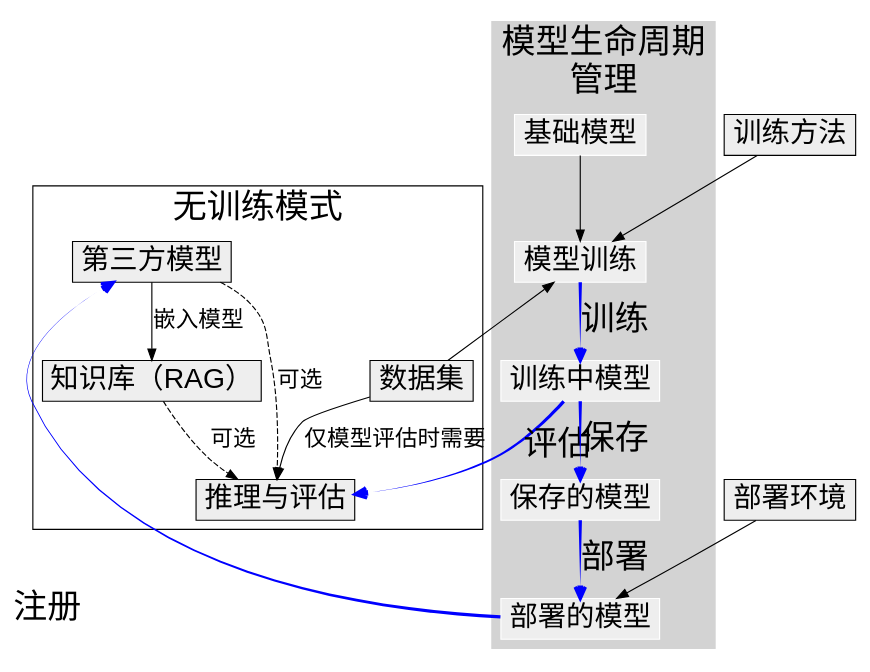
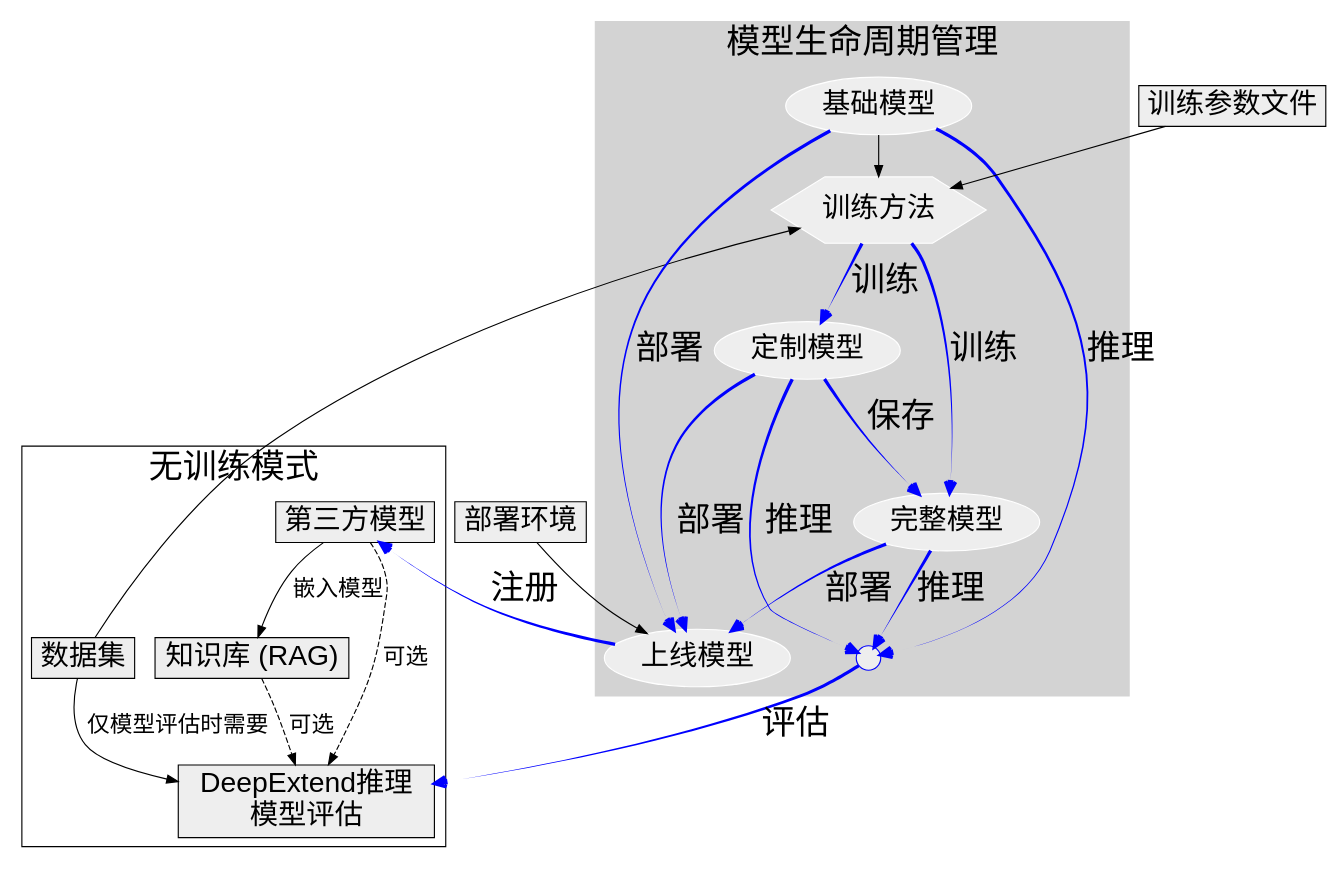
The diagram in docs/tutorials/process_dep_graph_zh.dot (Junks5020/deepe-docs), drawn with Graphviz before and after one commit. The commit also changed 40 other files, not shown here.

```diff
--- a/docs/tutorials/process_dep_graph_zh.dot
+++ b/docs/tutorials/process_dep_graph_zh.dot
@@ -1,58 +1,68 @@
+digraph g {
+ratio=fill;
+splines=spline;
+overlap=scale;
 
-digraph g {
-	ratio=fill;
-	splines=spline;
-	overlap=scale;
+edge [fontsize=20, fontname="Helvetica"];
 
-    edge [fontsize=20, fontname="Helvetica"];
+node [
+shape=box,
+// fixedsize=true,
+width=0.3,
+color="black",
+fillcolor="#eeeeee",
+style="filled,solid",
+fontsize=25,
+fontname="Helvetica"
+];
 
-	node [
-		shape=box,
-		width=0.3,
-		color="black",
-		fillcolor="#eeeeee",
-		style="filled,solid",
-		fontsize=25,
-        fontname="Helvetica"
-	];
+subgraph cluster_1 {
+node [style=filled];
+nRAG -> nPromp [style=dashed, label="可选"];
+nThirdModel -> nRAG [label="嵌入模型"];
+nDataset -> nPromp [label="仅模型评估时需要"];
+nThirdModel -> nPromp [style=dashed, label="可选"];
+label = "无训练模式";
+fontsize=30
+}
 
-    subgraph cluster_1 {
-		node [style=filled];
-		nRAG -> nPromp [style=dashed, label="可选"];
-        nThirdModel -> nRAG [label="嵌入模型"];
-        nDataset -> nPromp [label="仅模型评估时需要"];
-        nThirdModel -> nPromp [style=dashed, label="可选"];
-		label = "无训练模式";
-        fontsize=30
-	}
+subgraph cluster_0 {
+style=filled;
+color=lightgrey;
+node [style=filled,color=white];
+nBModel -> nTrainingMethods;
+nTrainingMethods -> nCustomizedModels [style="bold,tapered", arrowhead=vee, penwidth=3, color=blue, label="训练", fontsize=30];
+nTrainingMethods -> nCompleteModels [style="bold,tapered", arrowhead=vee, penwidth=3, color=blue, label="训练", fontsize=30];
+nCustomizedModels -> nCompleteModels [style="bold,tapered", arrowhead=vee, penwidth=3, color=blue, label="保存", fontsize=30];
+nCustomizedModels -> nLiveModels [style="bold,tapered", arrowhead=vee, penwidth=3, color=blue, label="部署", fontsize=30];
+nCompleteModels -> nLiveModels [style="bold,tapered", arrowhead=vee, penwidth=3, color=blue, label="部署", fontsize=30];
+nBModel -> nLiveModels [style="bold,tapered", arrowhead=vee, penwidth=3, color=blue, label="部署", fontsize=30];
+nBModel -> nEvaluate [style="bold,tapered", arrowhead=vee, penwidth=3, color=blue, label="推理", fontsize=30];
+nCustomizedModels -> nEvaluate [style="bold,tapered", arrowhead=vee, penwidth=3, color=blue, label="推理", fontsize=30];
+nCompleteModels -> nEvaluate [style="bold,tapered", arrowhead=vee, penwidth=3, color=blue, label="推理", fontsize=30];
+label = "模型生命周期管理";
+fontsize=30
+}
 
-    subgraph cluster_0 {
-		style=filled;
-		color=lightgrey;
-		node [style=filled,color=white];
-		nBModel -> nTrainingModels;
-        nTrainingModels -> nTrainedModels [style="bold,tapered", arrowhead=vee, penwidth=3, color=blue, label="训练", fontsize=30];
-        nTrainedModels -> nSavedModels [style="bold,tapered", arrowhead=vee, penwidth=3, color=blue, label="保存", fontsize=30];
-        nSavedModels -> nDeployedModels [style="bold,tapered", arrowhead=vee, penwidth=3, color=blue, label="部署", fontsize=30];
-        label = "模型生命周期
-管理";
-        fontsize=30
-	}
 
-	nRAG [label="知识库（RAG）"];
-	nBModel [label="基础模型"];
-	nDataset [label="数据集"];
-	nThirdModel [label="第三方模型"];
-	nPromp [label="推理与评估"];
-	nTrainingModels [label="模型训练"];
-	nTrainedModels [label="训练中模型"];
-	nSavedModels [label="保存的模型"];
-	nDeployedModels [label="部署的模型"];
-	nDeployEnv [label="部署环境"];
-	nTrainingMethods [label="训练方法"];
-    nDataset -> nTrainingModels;
-    nTrainingMethods -> nTrainingModels;
-    nDeployEnv -> nDeployedModels;
-    nDeployedModels -> nThirdModel [style="bold,tapered", arrowhead=vee, penwidth=3, color=blue, taillabel="注册", fontsize=30, labeldistance=40, labelangle=3 ];
-    nTrainedModels -> nPromp [style="bold,tapered", arrowhead=vee, penwidth=3, color=blue, taillabel="评估", fontsize=30, labeldistance=4, labelangle=35];
+nRAG [label="知识库 (RAG)"];
+nBModel [label="基础模型" shape="ellipse"];
+nDataset [label="数据集"];
+nThirdModel [label="第三方模型"];
+nPromp [label="DeepExtend推理 \n模型评估"];
+nTrainingMethods [label="训练方法"];
+nCustomizedModels [label="定制模型" shape="ellipse"];
+nCompleteModels [label="完整模型" shape="ellipse"];
+nLiveModels [label="上线模型" shape="ellipse"];
+nDeployEnv [label="部署环境"];
+nTrainingProfile [label="训练参数文件"];
+nTrainingMethods [label="训练方法" shape=hexagon];
+nEvaluate [label="评估" shape=point color="blue"];
+// n [label=""]
+nDataset -> nTrainingMethods;
+nDeployEnv -> nLiveModels;
+nTrainingProfile -> nTrainingMethods;
+nLiveModels -> nThirdModel [style="bold,tapered", arrowhead=vee, penwidth=3, color=blue, label="注册", fontsize=30];
+nEvaluate -> nPromp [style="bold,tapered", arrowhead=vee, penwidth=3, color=blue, label="评估", fontsize=30];
+// https://edotor.net/
 }
```
